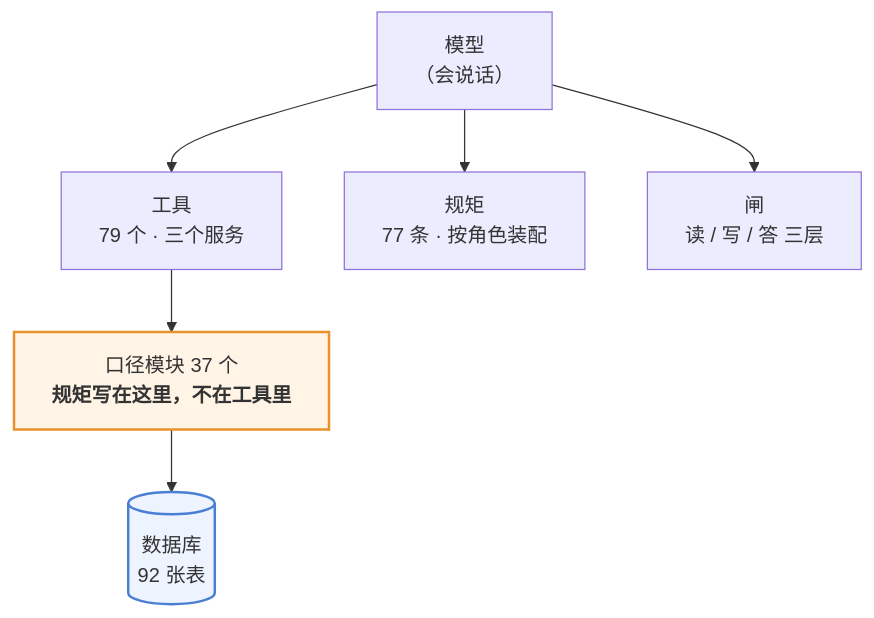
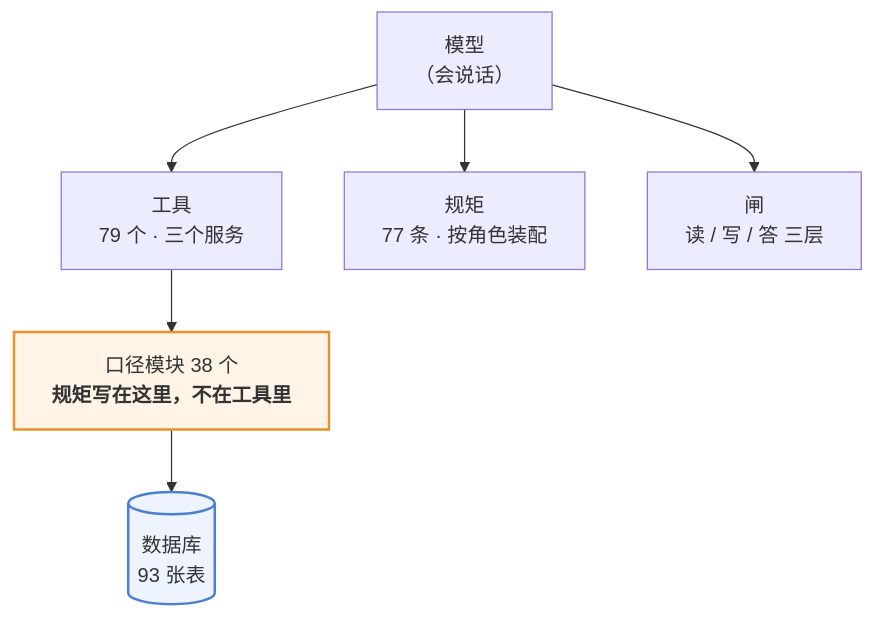
The first of 3 diagrams in 澜绣云裳agent-产品说明.md (843773296-rgb/lanxiu-yunshang-agent), drawn with Mermaid before and after one commit. The commit also changed other lines of this file and 10 other files, not shown here.

````diff
--- a/澜绣云裳agent-产品说明.md
+++ b/澜绣云裳agent-产品说明.md
@@ -62,12 +62,12 @@
 ```mermaid
 flowchart TD
     M["模型<br/>（会说话）"]
     M --> T["工具<br/>79 个 · 三个服务"]
     M --> R["规矩<br/>77 条 · 按角色装配"]
     M --> G["闸<br/>读 / 写 / 答 三层"]
-    T --> K["口径模块 37 个<br/><b>规矩写在这里，不在工具里</b>"]
-    K --> DB[("数据库<br/>92 张表")]
+    T --> K["口径模块 38 个<br/><b>规矩写在这里，不在工具里</b>"]
+    K --> DB[("数据库<br/>93 张表")]
 
     style K fill:#fff4e6,stroke:#e8912d,stroke-width:2px
     style DB fill:#eef4ff,stroke:#4a7fd4,stroke-width:2px
 ```
````
